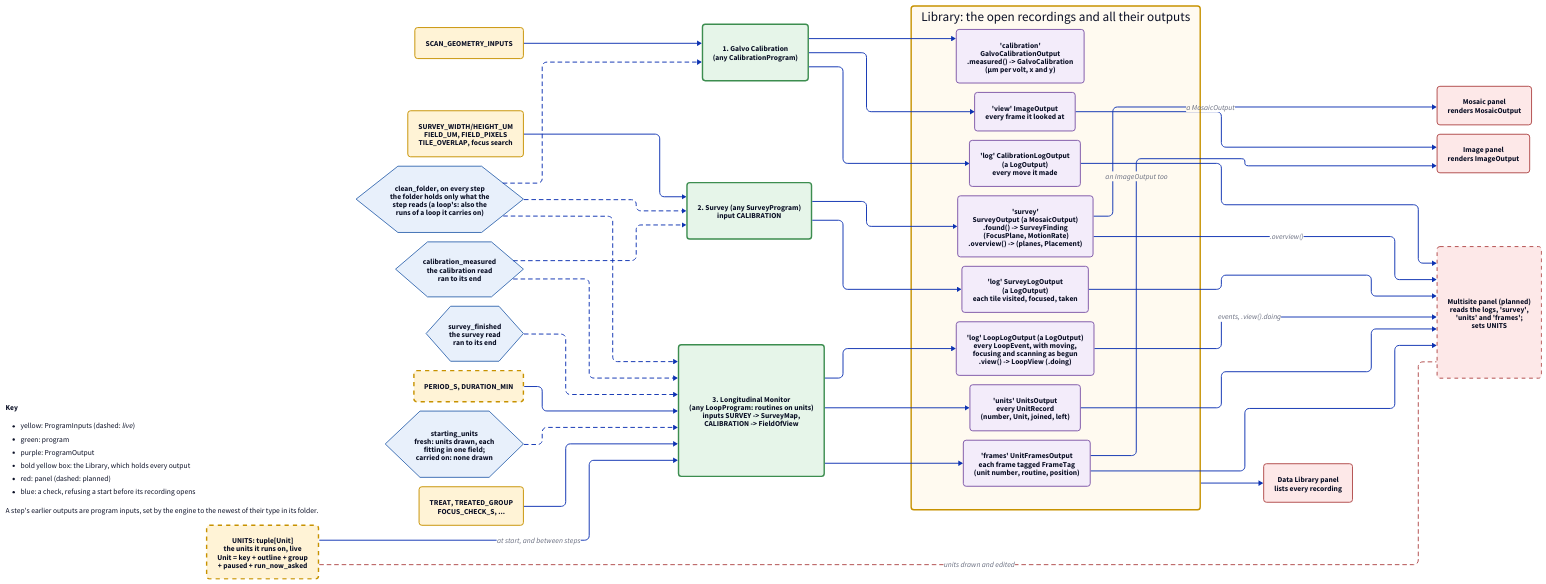
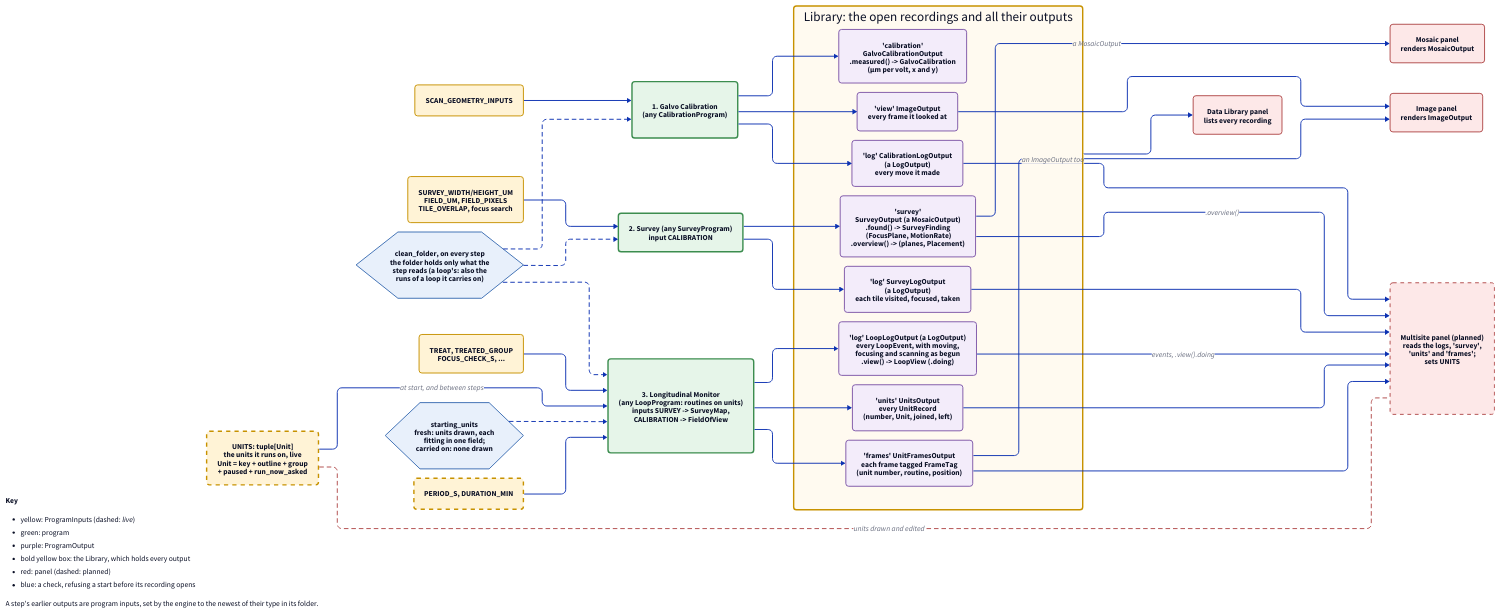
Before and after one commit to FishyIshyFishy/pyrpoc: the diagram in docs/diagrams/multisite.d2, drawn with D2. The commit also changed 53 other files, not shown here.

```diff
--- a/docs/diagrams/multisite.d2
+++ b/docs/diagrams/multisite.d2
@@ -1,105 +1,100 @@
 # Multisite, board 1 of 2: the pipeline. Each step's inputs, the program, the outputs it fills,
 # and what later steps and panels read of them. See multisite_loop.d2 for inside a loop.
 vars: {d2-config: {layout-engine: elk}}
 direction: right
 
 classes: {
   input: {style: {fill: "#fff3d6"; stroke: "#c79200"; border-radius: 6}}
   live: {style: {fill: "#fff3d6"; stroke: "#c79200"; stroke-width: 3; stroke-dash: 3; border-radius: 6}}
   prog: {style: {fill: "#e6f5e9"; stroke: "#3c8d4f"; stroke-width: 3; border-radius: 6}}
   check: {shape: hexagon; style: {fill: "#e8f0fb"; stroke: "#3b6db3"}}
   out: {style: {fill: "#f3ecfa"; stroke: "#7e57a8"; border-radius: 6}}
   panel: {style: {fill: "#fde8e8"; stroke: "#b04a4a"; border-radius: 6}}
   panel_new: {style: {fill: "#fde8e8"; stroke: "#b04a4a"; stroke-dash: 4; border-radius: 6}}
   library: {style: {fill: "#fffaf0"; stroke: "#c79200"; stroke-width: 3; border-radius: 6}}
 }
 
 # A node in the layout rather than pinned to a corner, which reserved a band of empty space.
 key: |md
   **Key**
   - yellow: ProgramInputs (dashed: *live*)
   - green: program
   - purple: ProgramOutput
   - bold yellow box: the Library,
     which holds every output
   - red: panel (dashed: planned)
   - blue: a check, refusing a start
     before its recording opens
 
   A step's earlier outputs are program
   inputs, set by the engine to the newest
   of their type in its folder.
 | {style: {fill: "#ffffff"; stroke: "#bbbbbb"}}
 
 clean: "clean_folder, on every step\nthe folder holds only what the\nstep reads (a loop's: also the\nruns of a loop it carries on)" {class: check}
 clean -> cal {style.stroke-dash: 4}
 clean -> sur {style.stroke-dash: 4}
 clean -> loop {style.stroke-dash: 4}
-measured: "calibration_measured\nthe calibration read\nran to its end" {class: check}
-measured -> sur {style.stroke-dash: 4}
-measured -> loop {style.stroke-dash: 4}
-finished: "survey_finished\nthe survey read\nran to its end" {class: check}
-finished -> loop {style.stroke-dash: 4}
 starting: "starting_units\nfresh: units drawn, each\nfitting in one field;\ncarried on: none drawn" {class: check}
 starting -> loop {style.stroke-dash: 4}
 
 # ---------------------------------------------------------------- 1. calibration
 cal_in: "SCAN_GEOMETRY_INPUTS" {class: input}
 cal: "1. Galvo Calibration\n(any CalibrationProgram)" {class: prog}
 cal_in -> cal
 cal -> library.calibration
 cal -> library.view
 cal -> library.cal_log
 
 # ---------------------------------------------------------------- 2. survey
 sur_in: "SURVEY_WIDTH/HEIGHT_UM\nFIELD_UM, FIELD_PIXELS\nTILE_OVERLAP, focus search" {class: input}
 sur: "2. Survey (any SurveyProgram)\ninput CALIBRATION" {class: prog}
 sur_in -> sur
 sur -> library.survey
 sur -> library.survey_log
 
 # ---------------------------------------------------------------- 3. loop
 units: "UNITS: tuple[Unit]\nthe units it runs on, live\nUnit = key + outline + group\n+ paused + run_now_asked" {class: live}
 loop_in: "TREAT, TREATED_GROUP\nFOCUS_CHECK_S, ..." {class: input}
 monitor_live: "PERIOD_S, DURATION_MIN" {class: live}
 loop: "3. Longitudinal Monitor\n(any LoopProgram: routines on units)\ninputs SURVEY -> SurveyMap,\nCALIBRATION -> FieldOfView" {class: prog}
 units -> loop: "at start, and between steps"
 loop_in -> loop
 monitor_live -> loop
 loop -> library.log
 loop -> library.unit_records
 loop -> library.frames
 
 # ---------------------------------------------------------------- the library
 # Every output a program fills is in the library, inside its recording; panels only ever
 # reach an output there, each picking the outputs of the type it renders.
 library: "Library: the open recordings and all their outputs" {
   class: library
   calibration: "'calibration'\nGalvoCalibrationOutput\n.measured() -> GalvoCalibration\n(µm per volt, x and y)" {class: out}
   view: "'view' ImageOutput\nevery frame it looked at" {class: out}
   cal_log: "'log' CalibrationLogOutput\n(a LogOutput)\nevery move it made" {class: out}
   survey: "'survey'\nSurveyOutput (a MosaicOutput)\n.found() -> SurveyFinding\n  (FocusPlane, MotionRate)\n.overview() -> (planes, Placement)" {class: out}
   survey_log: "'log' SurveyLogOutput\n(a LogOutput)\neach tile visited, focused, taken" {class: out}
   log: "'log' LoopLogOutput (a LogOutput)\nevery LoopEvent, with moving,\nfocusing and scanning as begun\n.view() -> LoopView (.doing)" {class: out}
   unit_records: "'units' UnitsOutput\nevery UnitRecord\n(number, Unit, joined, left)" {class: out}
   frames: "'frames' UnitFramesOutput\neach frame tagged FrameTag\n(unit number, routine, position)" {class: out}
 }
 
 # ---------------------------------------------------------------- panels
 image: "Image panel\nrenders ImageOutput" {class: panel}
 mosaic: "Mosaic panel\nrenders MosaicOutput" {class: panel}
 data_library: "Data Library panel\nlists every recording" {class: panel}
 multisite_panel: "Multisite panel (planned)\nreads the logs, 'survey',\n'units' and 'frames';\nsets UNITS" {class: panel_new}
 library.view -> image
 library.frames -> image: "an ImageOutput too"
 library.survey -> mosaic: "a MosaicOutput"
 library.survey -> multisite_panel: ".overview()"
 library.cal_log -> multisite_panel
 library.survey_log -> multisite_panel
 library.log -> multisite_panel: "events, .view().doing"
 library.unit_records -> multisite_panel
 library.frames -> multisite_panel
 library -> data_library
 
 # What the multisite panel will send back: the units, before and while a loop runs.
 units -- multisite_panel: "units drawn and edited" {source-arrowhead.shape: triangle; style.stroke: "#b04a4a"; style.stroke-dash: 4}
```
